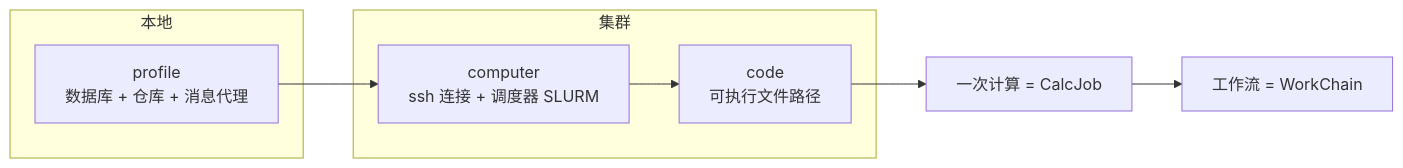
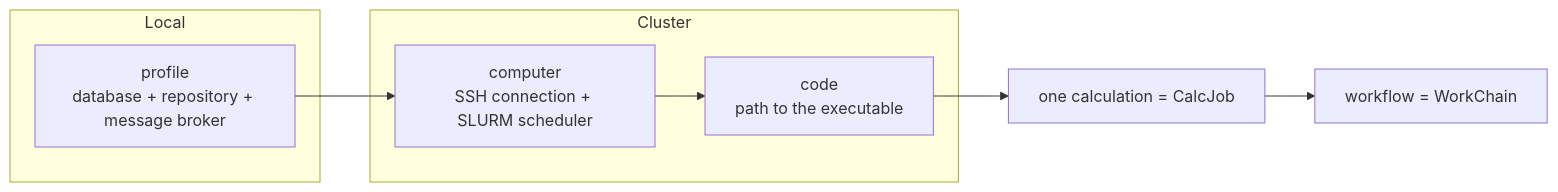
One commit to stillfast/aiida-skill changed the first of 2 diagrams in SUMMARY.md. Above: the diagram before and after it, drawn with Mermaid. The commit also changed other lines of this file and 20 other files, not shown here.

````diff
--- a/SUMMARY.md
+++ b/SUMMARY.md
@@ -33,14 +33,14 @@
 ```mermaid
 flowchart LR
-    subgraph local["本地"]
-        P["profile<br/>数据库 + 仓库 + 消息代理"]
+    subgraph local["Local"]
+        P["profile<br/>database + repository + message broker"]
     end
-    subgraph cluster["集群"]
-        C["computer<br/>ssh 连接 + 调度器 SLURM"]
-        K["code<br/>可执行文件路径"]
+    subgraph cluster["Cluster"]
+        C["computer<br/>SSH connection + SLURM scheduler"]
+        K["code<br/>path to the executable"]
     end
     P --> C
     C --> K
-    K --> J["一次计算 = CalcJob"]
-    J --> W["工作流 = WorkChain"]
+    K --> J["one calculation = CalcJob"]
+    J --> W["workflow = WorkChain"]
 ```
````
